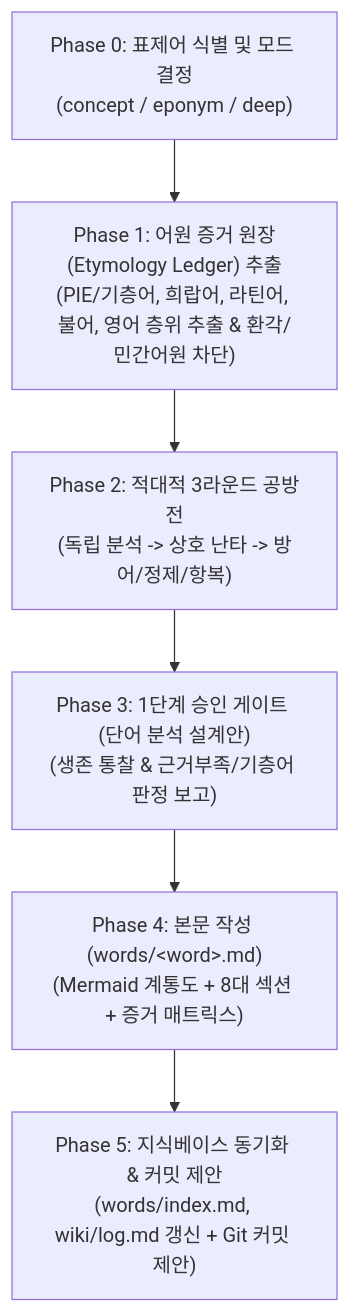
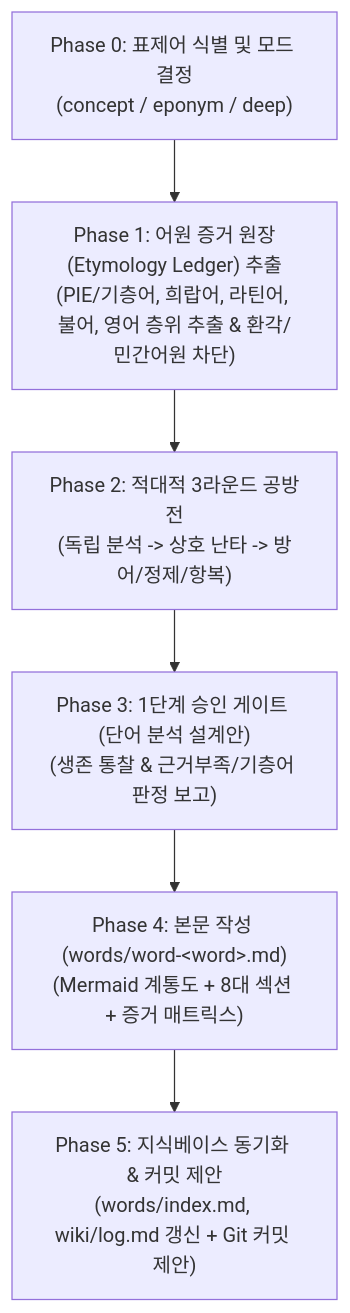
The diagram in .agents/skills/homer-word/SKILL.md (YgHnSIM/Homer_wiki), drawn with Mermaid before and after one commit. The commit also changed other lines of this file and 36 other files, not shown here.

````diff
--- a/.agents/skills/homer-word/SKILL.md
+++ b/.agents/skills/homer-word/SKILL.md
@@ -147,8 +147,8 @@
 ```mermaid
 flowchart TD
     P0["Phase 0: 표제어 식별 및 모드 결정<br>(concept / eponym / deep)"] --> P1["Phase 1: 어원 증거 원장(Etymology Ledger) 추출<br>(PIE/기층어, 희랍어, 라틴어, 불어, 영어 층위 추출 & 환각/민간어원 차단)"]
     P1 --> P2["Phase 2: 적대적 3라운드 공방전<br>(독립 분석 -> 상호 난타 -> 방어/정제/항복)"]
     P2 --> P3["Phase 3: 1단계 승인 게이트 (단어 분석 설계안)<br>(생존 통찰 & 근거부족/기층어 판정 보고)"]
-    P3 --> P4["Phase 4: 본문 작성 (words/&lt;word&gt;.md)<br>(Mermaid 계통도 + 8대 섹션 + 증거 매트릭스)"]
+    P3 --> P4["Phase 4: 본문 작성 (words/word-&lt;word&gt;.md)<br>(Mermaid 계통도 + 8대 섹션 + 증거 매트릭스)"]
     P4 --> P5["Phase 5: 지식베이스 동기화 & 커밋 제안<br>(words/index.md, wiki/log.md 갱신 + Git 커밋 제안)"]
 ```
````
